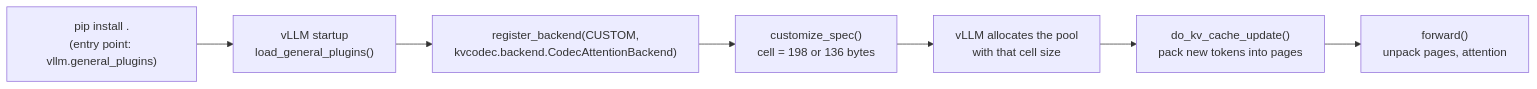
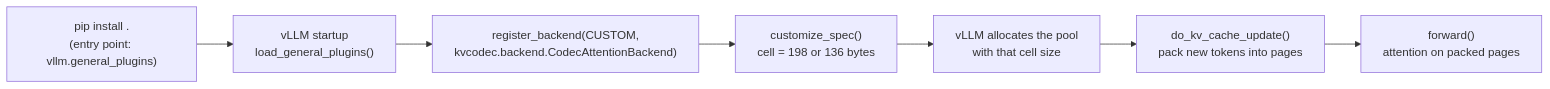
Before and after one commit to ByeonggeonGo/vllm-custom-kv-codec-k8v4: the first of 3 diagrams in README.md, drawn with Mermaid. The commit also changed other lines of this file and 14 other files, not shown here.

````diff
--- a/README.md
+++ b/README.md
@@ -72,9 +76,9 @@
 ```mermaid
 flowchart LR
     P["pip install .<br/>(entry point: vllm.general_plugins)"] --> R["vLLM startup<br/>load_general_plugins()"]
     R --> B["register_backend(CUSTOM,<br/>kvcodec.backend.CodecAttentionBackend)"]
     B --> S["customize_spec()<br/>cell = 198 or 136 bytes"]
     S --> A["vLLM allocates the pool<br/>with that cell size"]
     A --> W["do_kv_cache_update()<br/>pack new tokens into pages"]
-    W --> F["forward()<br/>unpack pages, attention"]
+    W --> F["forward()<br/>attention on packed pages"]
 ```
````
